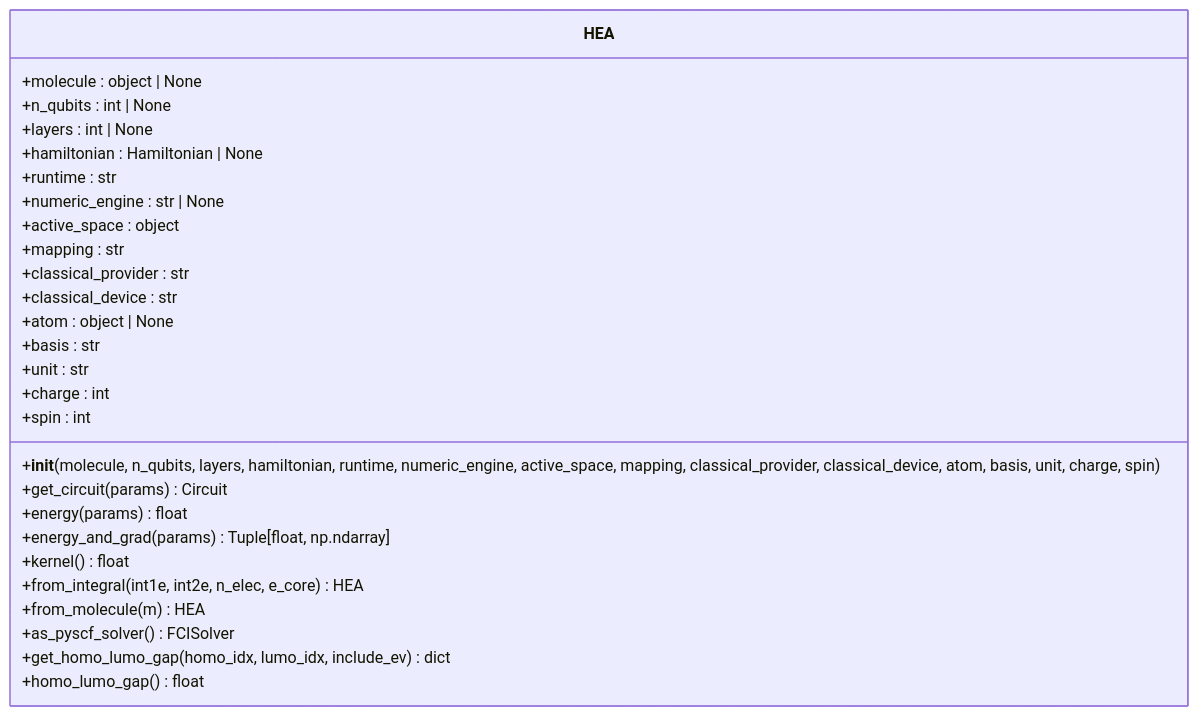
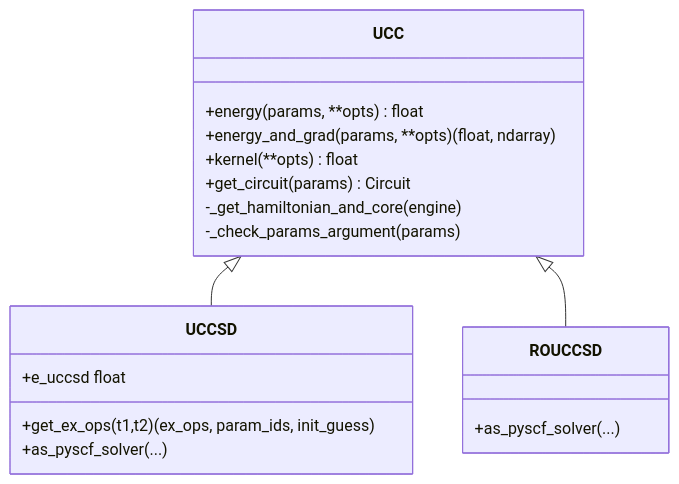
Before and after one commit to QureGenAI-Biotech/TyxonQ: the fourth of 9 diagrams in .qoder/repowiki/zh/content/量子化学应用/量子化学应用.md, drawn with Mermaid. The commit also changed other lines of this file and 516 other files, not shown here.

````diff
--- a/.qoder/repowiki/zh/content/量子化学应用/量子化学应用.md
+++ b/.qoder/repowiki/zh/content/量子化学应用/量子化学应用.md
@@ -116,30 +145,21 @@
 ```mermaid
 classDiagram
-class HEA {
-+molecule : object | None
-+n_qubits : int | None
-+layers : int | None
-+hamiltonian : Hamiltonian | None
-+runtime : str
-+numeric_engine : str | None
-+active_space : object
-+mapping : str
-+classical_provider : str
-+classical_device : str
-+atom : object | None
-+basis : str
-+unit : str
-+charge : int
-+spin : int
-+__init__(molecule, n_qubits, layers, hamiltonian, runtime, numeric_engine, active_space, mapping, classical_provider, classical_device, atom, basis, unit, charge, spin)
+class UCC {
++energy(params, **opts) float
++energy_and_grad(params, **opts) (float, ndarray)
++kernel(**opts) float
 +get_circuit(params) Circuit
-+energy(params) float
-+energy_and_grad(params) Tuple[float, np.ndarray]
-+kernel() float
-+from_integral(int1e, int2e, n_elec, e_core) HEA
-+from_molecule(m) HEA
-+as_pyscf_solver() FCISolver
-+get_homo_lumo_gap(homo_idx, lumo_idx, include_ev) dict
-+homo_lumo_gap() float
+-_get_hamiltonian_and_core(engine)
+-_check_params_argument(params)
 }
+class UCCSD {
++get_ex_ops(t1,t2) (ex_ops, param_ids, init_guess)
++e_uccsd float
++as_pyscf_solver(...)
+}
+class ROUCCSD {
++as_pyscf_solver(...)
+}
+UCC <|-- UCCSD
+UCC <|-- ROUCCSD
 ```
````
